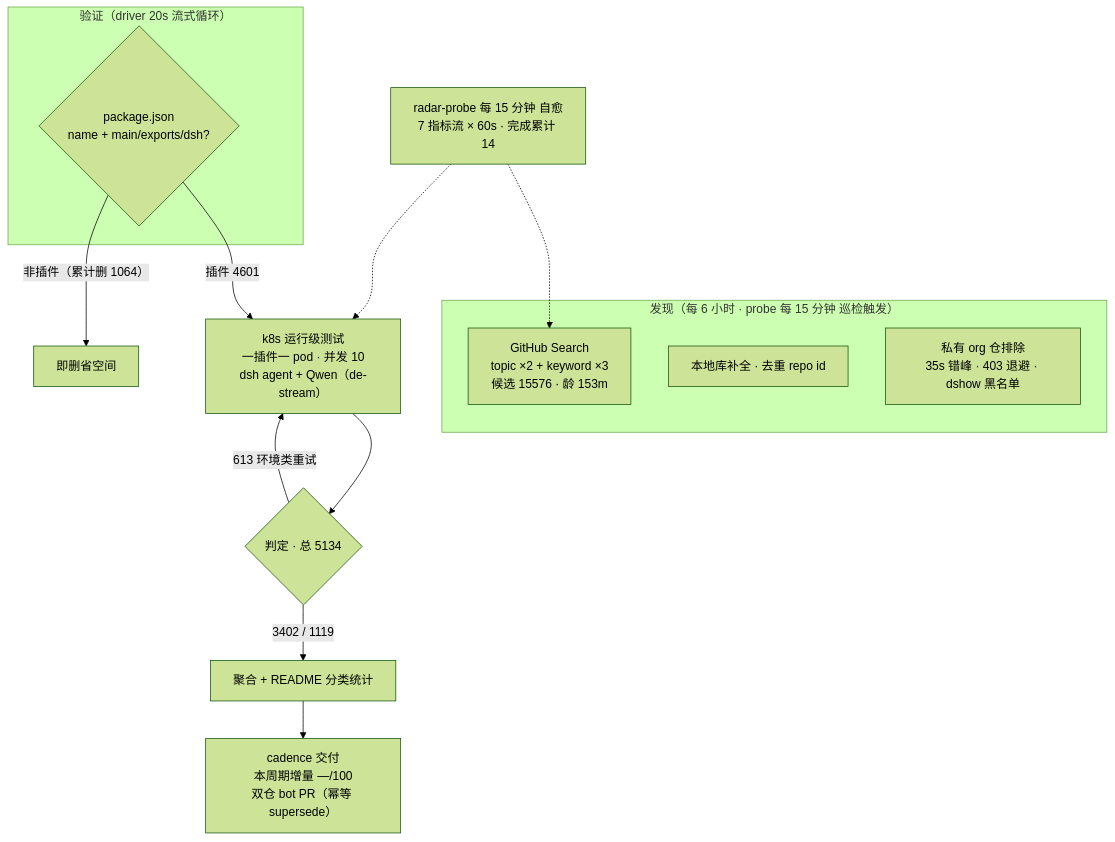
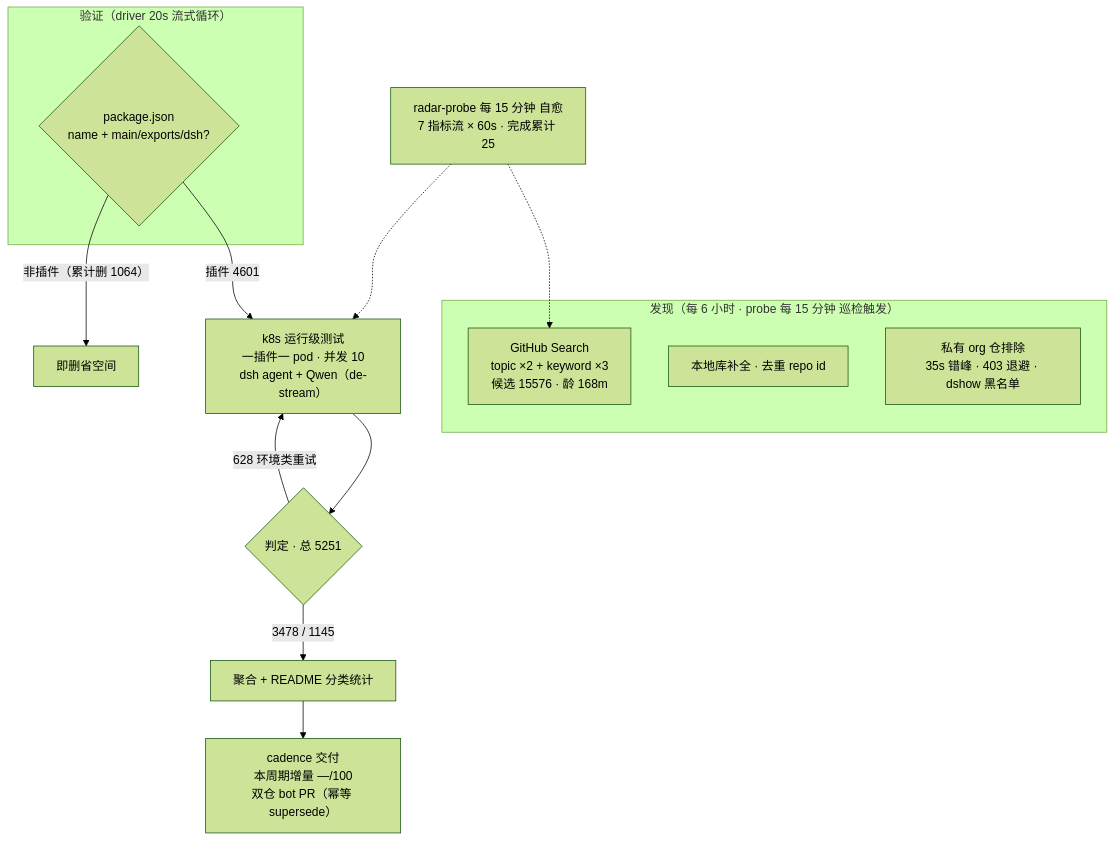
The diagram in README.md (Zhidao-Lab-OSS/awesome-dsh-plugins), drawn with Mermaid (forest theme) before and after one commit. The commit also changed other lines of this file and 1 other file, not shown here.

````diff
--- a/README.md
+++ b/README.md
@@ -37,20 +37,20 @@
 ```mermaid
 flowchart TB
     subgraph Discovery["发现（每 6 小时 · probe 每 15 分钟 巡检触发）"]
-        A1["GitHub Search<br/>topic ×2 + keyword ×3<br/>候选 15576 · 龄 153m"]
+        A1["GitHub Search<br/>topic ×2 + keyword ×3<br/>候选 15576 · 龄 168m"]
         A2["本地库补全 · 去重 repo id"]
         A3["私有 org 仓排除<br/>35s 错峰 · 403 退避 · dshow 黑名单"]
     end
     subgraph Validation["验证（driver 20s 流式循环）"]
         B1{"package.json<br/>name + main/exports/dsh?"}
     end
     B1 -->|"插件 4601"| C1["k8s 运行级测试<br/>一插件一 pod · 并发 10<br/>dsh agent + Qwen（de-stream）"]
     B1 -->|"非插件（累计删 1064）"| B3["即删省空间"]
-    C1 --> D1{"判定 · 总 5134"}
-    D1 -->|"3402 / 1119"| E1["聚合 + README 分类统计"]
-    D1 -->|"613 环境类重试"| C1
+    C1 --> D1{"判定 · 总 5251"}
+    D1 -->|"3478 / 1145"| E1["聚合 + README 分类统计"]
+    D1 -->|"628 环境类重试"| C1
     E1 --> E2["cadence 交付<br/>本周期增量 —/100<br/>双仓 bot PR（幂等 supersede）"]
-    M["radar-probe 每 15 分钟 自愈<br/>7 指标流 × 60s · 完成累计 14"]
+    M["radar-probe 每 15 分钟 自愈<br/>7 指标流 × 60s · 完成累计 25"]
     M -.-> A1
     M -.-> C1
 ```
````
